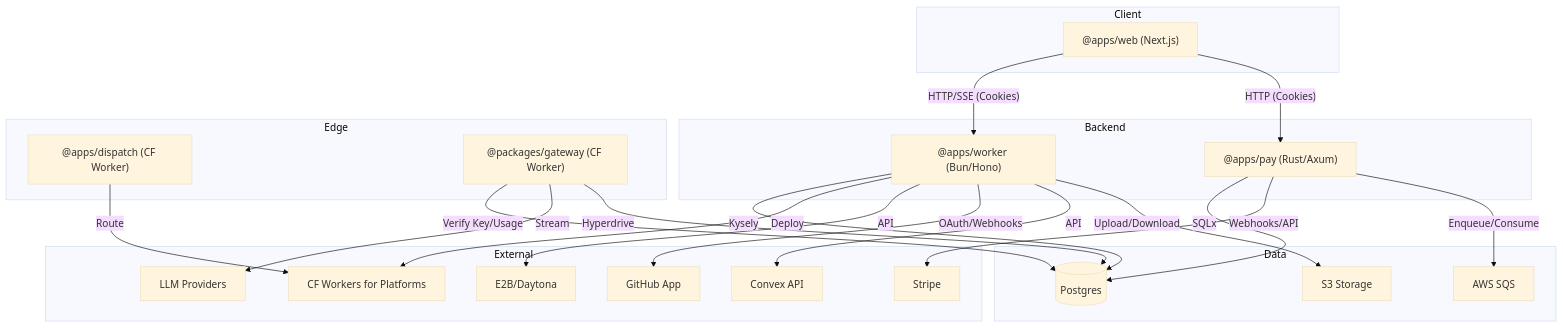
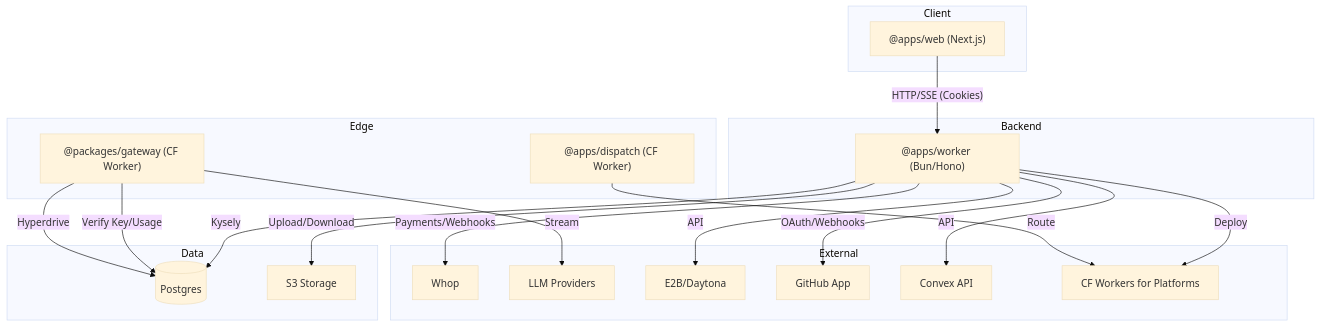
Before and after one commit to surgent-dev/surgent: the diagram in docs/ARCHITECTURE.md, drawn with Mermaid (base theme). The commit also changed other lines of this file and 166 other files, not shown here.

Commit message:
chore: remove Rust pay service since payments are handled by worker

````diff
--- a/docs/ARCHITECTURE.md
+++ b/docs/ARCHITECTURE.md
@@ -9,51 +9,45 @@
 ```mermaid
 graph TD
     subgraph Client
         Web["@apps/web (Next.js)"]
     end
 
     subgraph Backend
         Worker["@apps/worker (Bun/Hono)"]
-        Pay["@apps/pay (Rust/Axum)"]
     end
 
     subgraph Edge
         Dispatch["@apps/dispatch (CF Worker)"]
         Gateway["@packages/gateway (CF Worker)"]
     end
 
     subgraph Data
         DB[(Postgres)]
         S3[S3 Storage]
-        SQS[AWS SQS]
     end
 
     subgraph External
-        Stripe[Stripe]
+        Whop[Whop]
         LLM[LLM Providers]
         Sandboxes[E2B/Daytona]
         GitHub[GitHub App]
         Convex[Convex API]
         WfP[CF Workers for Platforms]
     end
 
     Web -- "HTTP/SSE (Cookies)" --> Worker
-    Web -- "HTTP (Cookies)" --> Pay
 
     Worker -- "Kysely" --> DB
     Worker -- "Deploy" --> WfP
     Worker -- "API" --> Sandboxes
     Worker -- "OAuth/Webhooks" --> GitHub
     Worker -- "API" --> Convex
     Worker -- "Upload/Download" --> S3
+    Worker -- "Payments/Webhooks" --> Whop
 
     Dispatch -- "Route" --> WfP
-
-    Pay -- "SQLx" --> DB
-    Pay -- "Webhooks/API" --> Stripe
-    Pay -- "Enqueue/Consume" --> SQS
 
     Gateway -- "Verify Key/Usage" --> DB
     Gateway -- "Stream" --> LLM
     Gateway -- "Hyperdrive" --> DB
 ```
````
